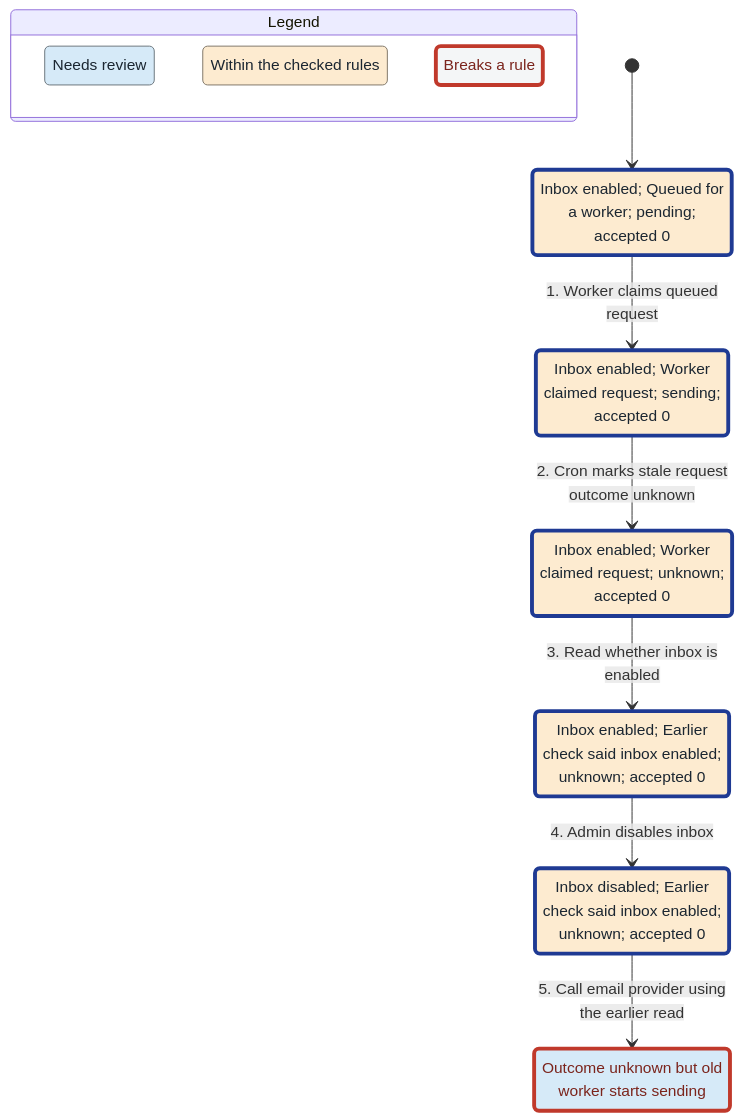
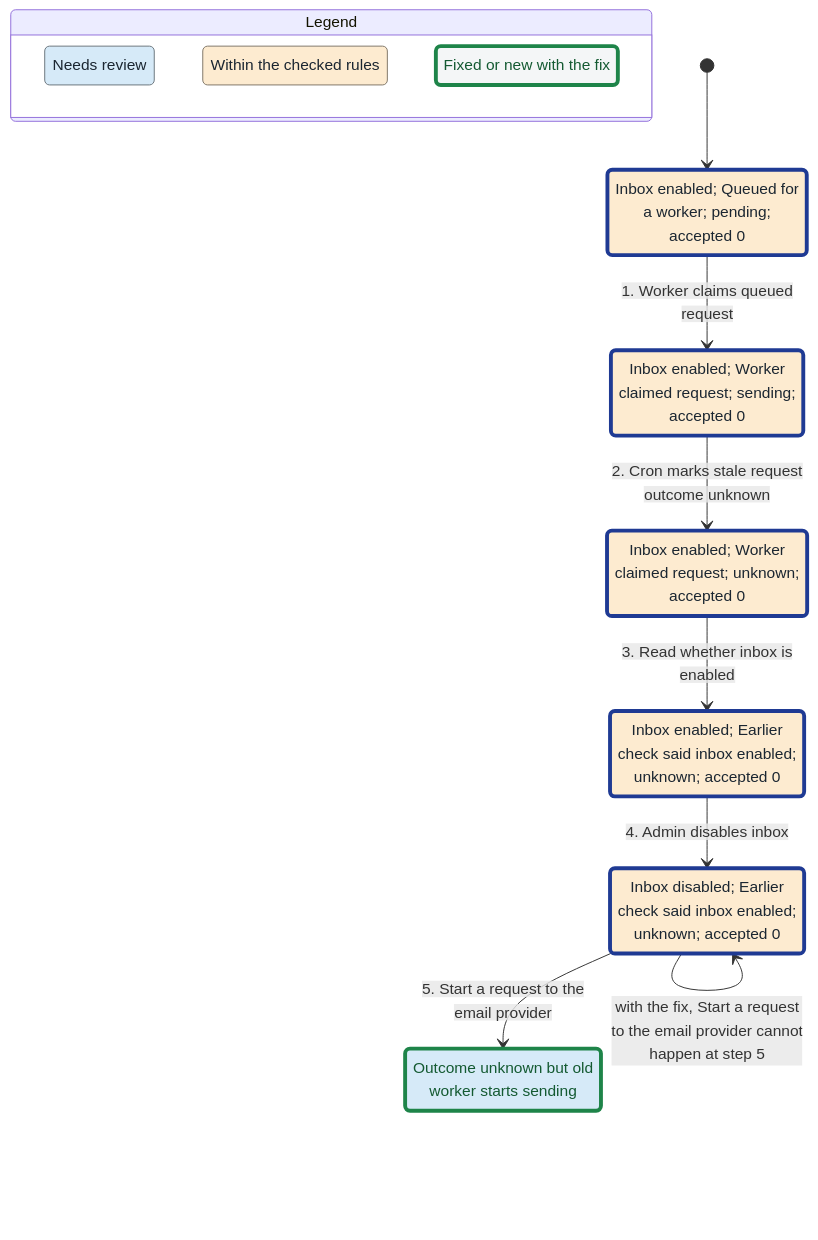
One commit to upamune/agentpost changed the diagram in verification/outbound/evidence/bug-3.mmd. Above: the diagram before and after it, drawn with Mermaid. The commit also changed 62 other files, not shown here.

```diff
--- a/verification/outbound/evidence/bug-3.mmd
+++ b/verification/outbound/evidence/bug-3.mmd
@@ -1,38 +1,40 @@
 ---
 config:
   markdownAutoWrap: false
   state:
     useMaxWidth: false
 ---
 stateDiagram-v2
-  classDef plainWrong fill:#f4f6f7,stroke:#c0392b,stroke-width:4px,color:#7b241c
+  %% second model (fix): the fix
+  classDef plainFixed fill:#f4f6f7,stroke:#1e8449,stroke-width:4px,color:#145a32
   classDef group0 fill:#d6eaf8,stroke:#6b757c,color:#1b2631
-  classDef group0Wrong fill:#d6eaf8,stroke:#c0392b,stroke-width:4px,color:#7b241c
+  classDef group0Fixed fill:#d6eaf8,stroke:#1e8449,stroke-width:4px,color:#145a32
   classDef group1 fill:#fdebd0,stroke:#7f7668,color:#1b2631
   classDef group1Path fill:#fdebd0,stroke:#1f3a93,stroke-width:4px,color:#1b2631
   state "Legend" as legend {
     state "Needs review" as legendGroup0
     state "Within the checked rules" as legendGroup1
-    state "Breaks a rule" as legendWrong
+    state "Fixed or new with the fix" as legendFixed
   }
   class legendGroup0 group0
   class legendGroup1 group1
-  class legendWrong plainWrong
+  class legendFixed plainFixed
   state "Inbox disabled; Earlier<br/>check said inbox enabled;<br/>unknown; accepted 0" as s0
   state "Inbox enabled; Earlier<br/>check said inbox enabled;<br/>unknown; accepted 0" as s1
   state "Inbox enabled; Queued for<br/>a worker; pending;<br/>accepted 0" as s2
   state "Inbox enabled; Worker<br/>claimed request; sending;<br/>accepted 0" as s3
   state "Inbox enabled; Worker<br/>claimed request; unknown;<br/>accepted 0" as s4
   state "Outcome unknown but old<br/>worker starts sending" as s5
   [*] --> s2
   s2 --> s3 : 1. Worker claims queued<br/>request
   s3 --> s4 : 2. Cron marks stale request<br/>outcome unknown
   s4 --> s1 : 3. Read whether inbox is<br/>enabled
   s1 --> s0 : 4. Admin disables inbox
-  s0 --> s5 : 5. Call email provider using<br/>the earlier read
+  s0 --> s5 : 5. Start a request to the<br/>email provider
+  s0 --> s0 : with the fix, Start a request<br/>to the email provider cannot<br/>happen at step 5
   class s0 group1Path
   class s1 group1Path
   class s2 group1Path
   class s3 group1Path
   class s4 group1Path
-  class s5 group0Wrong
+  class s5 group0Fixed
```
